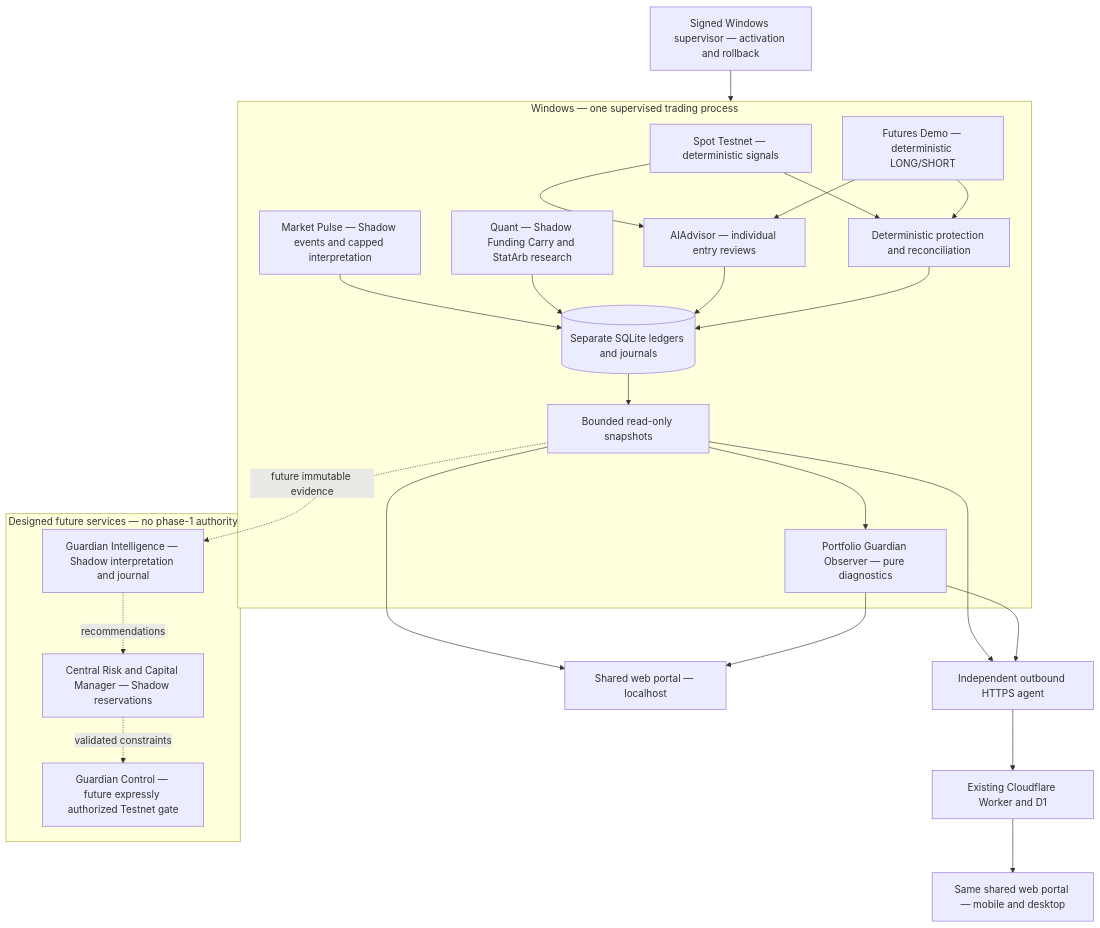
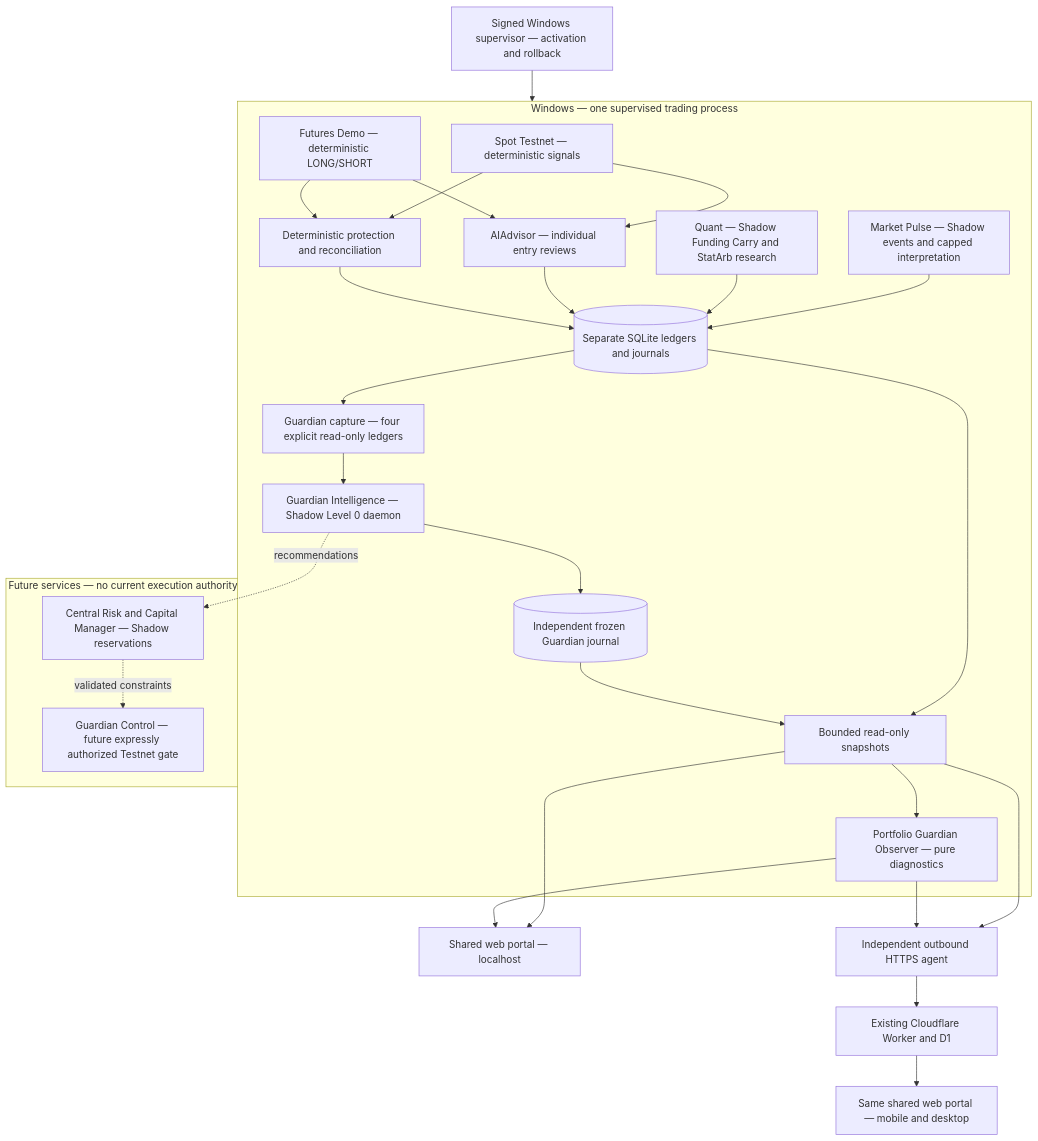
The first of 2 diagrams in COMMAND_CENTER_2_0.md (jlboper/Crypto-BOT), drawn with Mermaid before and after one commit. The commit also changed other lines of this file and 37 other files, not shown here.

Commit message:
0.10.42: auditable Guardian Intelligence Shadow (#119)

````diff
--- a/COMMAND_CENTER_2_0.md
+++ b/COMMAND_CENTER_2_0.md
@@ -38,39 +52,44 @@
 ```mermaid
 flowchart TB
     subgraph Host[Windows — one supervised trading process]
         Spot[Spot Testnet — deterministic signals]
         Fut[Futures Demo — deterministic LONG/SHORT]
         AI[AIAdvisor — individual entry reviews]
         Pulse[Market Pulse — Shadow events and capped interpretation]
         Quant[Quant — Shadow Funding Carry and StatArb research]
         Exit[Deterministic protection and reconciliation]
         Data[(Separate SQLite ledgers and journals)]
         Projection[Bounded read-only snapshots]
         Observer[Portfolio Guardian Observer — pure diagnostics]
+        CaptureRO[Guardian capture — four explicit read-only ledgers]
+        GI[Guardian Intelligence — Shadow Level 0 daemon]
+        GData[(Independent frozen Guardian journal)]
         Spot --> AI
         Fut --> AI
         Spot --> Exit
         Fut --> Exit
         Pulse --> Data
         Quant --> Data
         AI --> Data
         Exit --> Data
         Data --> Projection
         Projection --> Observer
+        Data --> CaptureRO
+        CaptureRO --> GI
+        GI --> GData
+        GData --> Projection
     end
     Supervisor[Signed Windows supervisor — activation and rollback] --> Host
     Projection --> Local[Shared web portal — localhost]
     Observer --> Local
     Projection --> Agent[Independent outbound HTTPS agent]
     Observer --> Agent
     Agent --> Worker[Existing Cloudflare Worker and D1]
     Worker --> Remote[Same shared web portal — mobile and desktop]
-    subgraph Planned[Designed future services — no phase-1 authority]
-        GI[Guardian Intelligence — Shadow interpretation and journal]
+    subgraph Planned[Future services — no current execution authority]
         CM[Central Risk and Capital Manager — Shadow reservations]
         GC[Guardian Control — future expressly authorized Testnet gate]
-        GI -. recommendations .-> CM
         CM -. validated constraints .-> GC
     end
-    Projection -. future immutable evidence .-> GI
+    GI -. recommendations .-> CM
 ```
````
